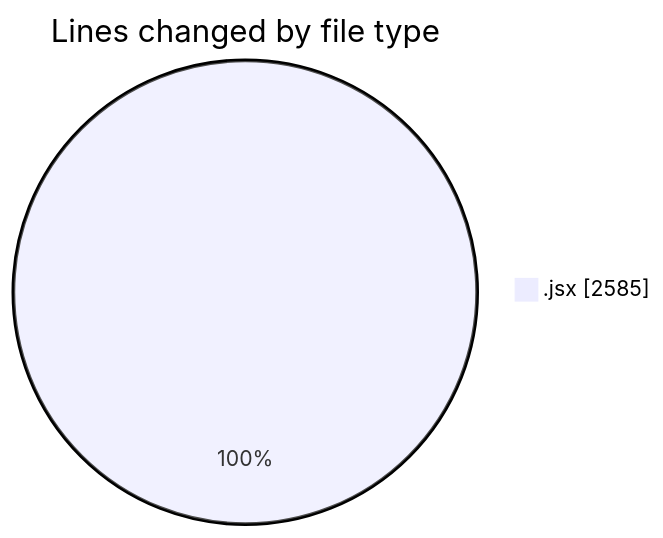
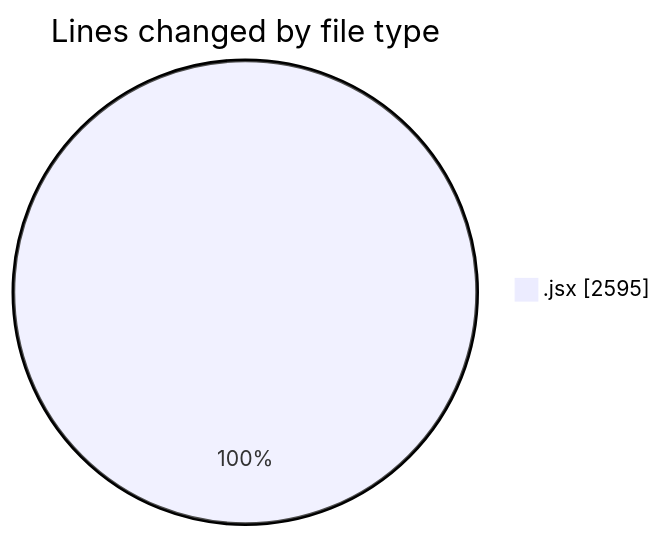
The first of 2 diagrams in 2025-05-27/nxtqube_webapp/README.md (nxtqubesakshisongat/code-tracking), drawn with Mermaid before and after one commit. The commit also changed other lines of this file and 1 other file, not shown here.

````diff
--- a/2025-05-27/nxtqube_webapp/README.md
+++ b/2025-05-27/nxtqube_webapp/README.md
@@ -21,5 +22,5 @@
 ```mermaid
 pie showData
 title Lines changed by file type
-".jsx" : 2585
+".jsx" : 2595
 ```
````
